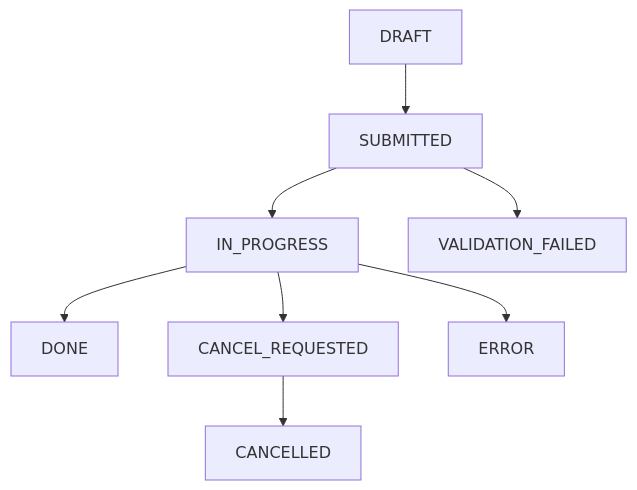
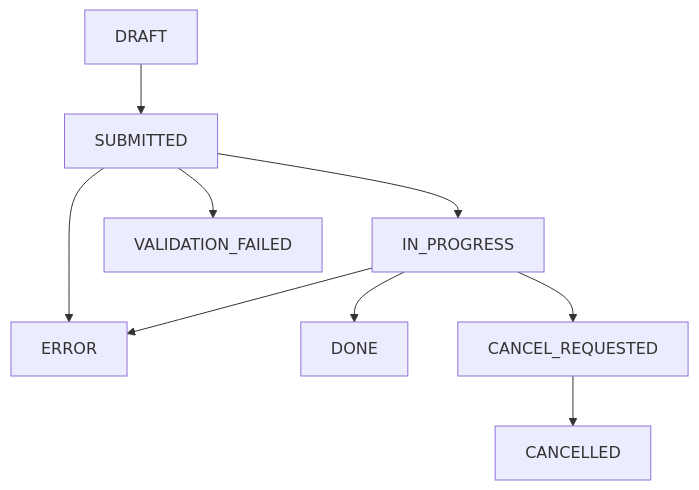
Before and after one commit to oleksiy-sayankin/mdds: the first of 2 diagrams in ARCHITECTURE.md, drawn with Mermaid. The commit also changed other lines of this file, not shown here.

First line of the commit message:
MDDS-412 Document Worker validation policy

````diff
--- a/ARCHITECTURE.md
+++ b/ARCHITECTURE.md
@@ -163,10 +164,11 @@
 ```mermaid
 graph TD;
-    DRAFT-->SUBMITTED;
-    SUBMITTED-->IN_PROGRESS;
-    SUBMITTED-->VALIDATION_FAILED;
-    IN_PROGRESS-->DONE;
-    IN_PROGRESS-->CANCEL_REQUESTED;
-    CANCEL_REQUESTED-->CANCELLED
-    IN_PROGRESS-->ERROR;
+  DRAFT-->SUBMITTED;
+  SUBMITTED-->IN_PROGRESS;
+  SUBMITTED-->VALIDATION_FAILED;
+  SUBMITTED-->ERROR;
+  IN_PROGRESS-->DONE;
+  IN_PROGRESS-->CANCEL_REQUESTED;
+  CANCEL_REQUESTED-->CANCELLED;
+  IN_PROGRESS-->ERROR;
 ```
````
